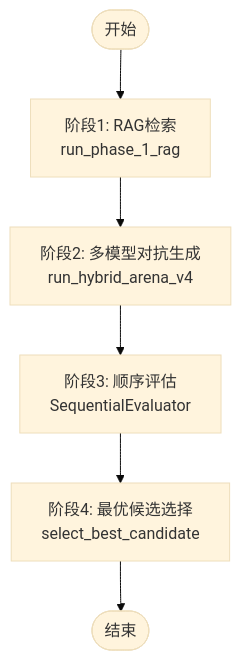
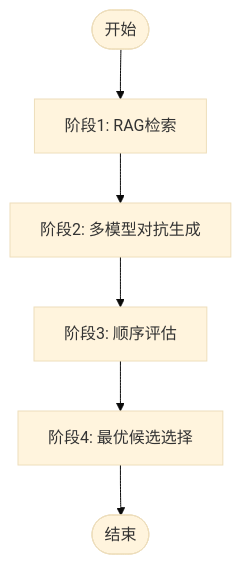
Before and after one commit to Aaricis/aaricis.github.io: the diagram in _posts/2026-8-2-Jailbreak-Olympics-Building&Breaking-Safety-Systems.md, drawn with Mermaid (base theme). The commit also changed other lines of this file, not shown here.

````diff
--- a/_posts/2026-8-2-Jailbreak-Olympics-Building&Breaking-Safety-Systems.md
+++ b/_posts/2026-8-2-Jailbreak-Olympics-Building&Breaking-Safety-Systems.md
@@ -217,8 +229,8 @@
 ```mermaid
 flowchart TD
-    Start([开始]) --> P1[阶段1: RAG检索<br/>run_phase_1_rag]
-    P1 --> P2[阶段2: 多模型对抗生成<br/>run_hybrid_arena_v4]
-    P2 --> P3[阶段3: 顺序评估<br/>SequentialEvaluator]
-    P3 --> P4[阶段4: 最优候选选择<br/>select_best_candidate]
+    Start([开始]) --> P1[阶段1: RAG检索]
+    P1 --> P2[阶段2: 多模型对抗生成]
+    P2 --> P3[阶段3: 顺序评估]
+    P3 --> P4[阶段4: 最优候选选择]
     --> End([结束])
 ```
````
